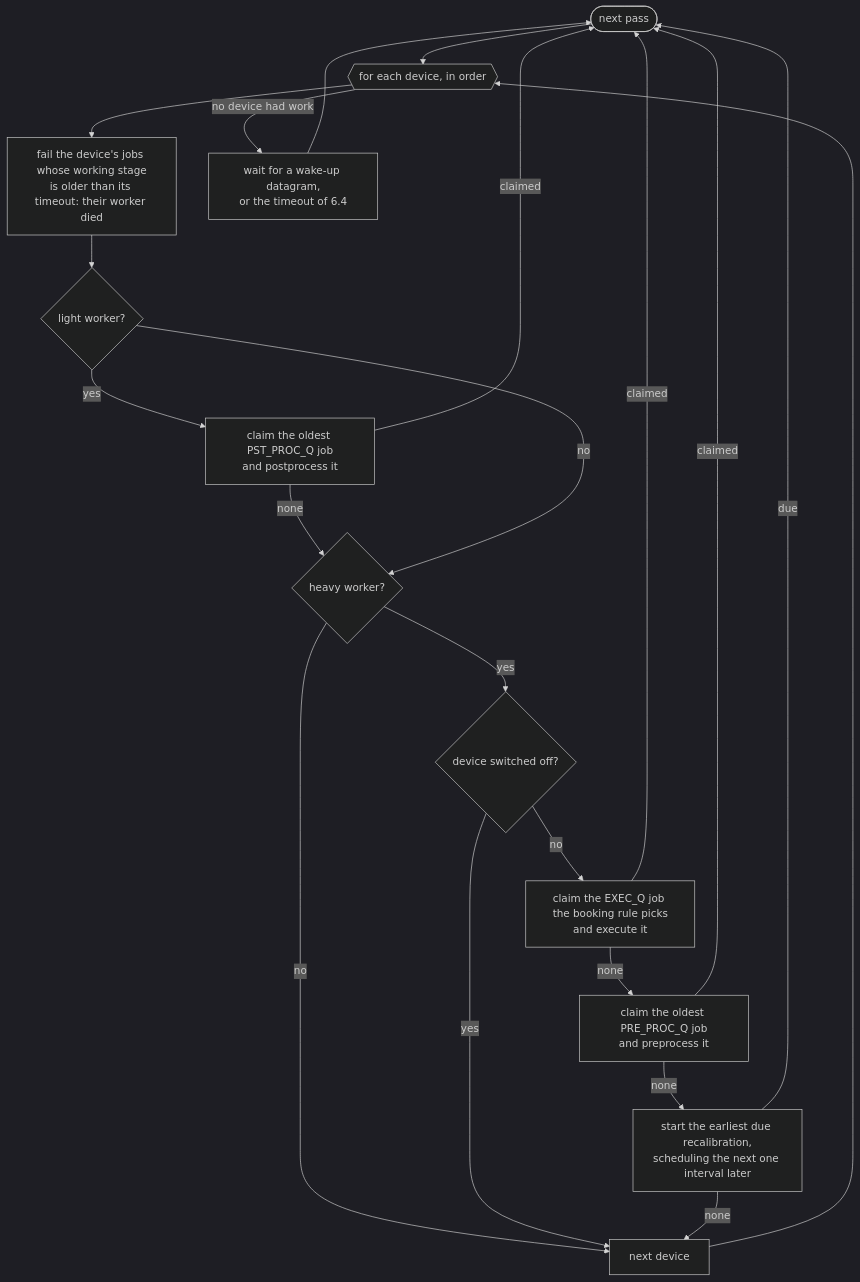
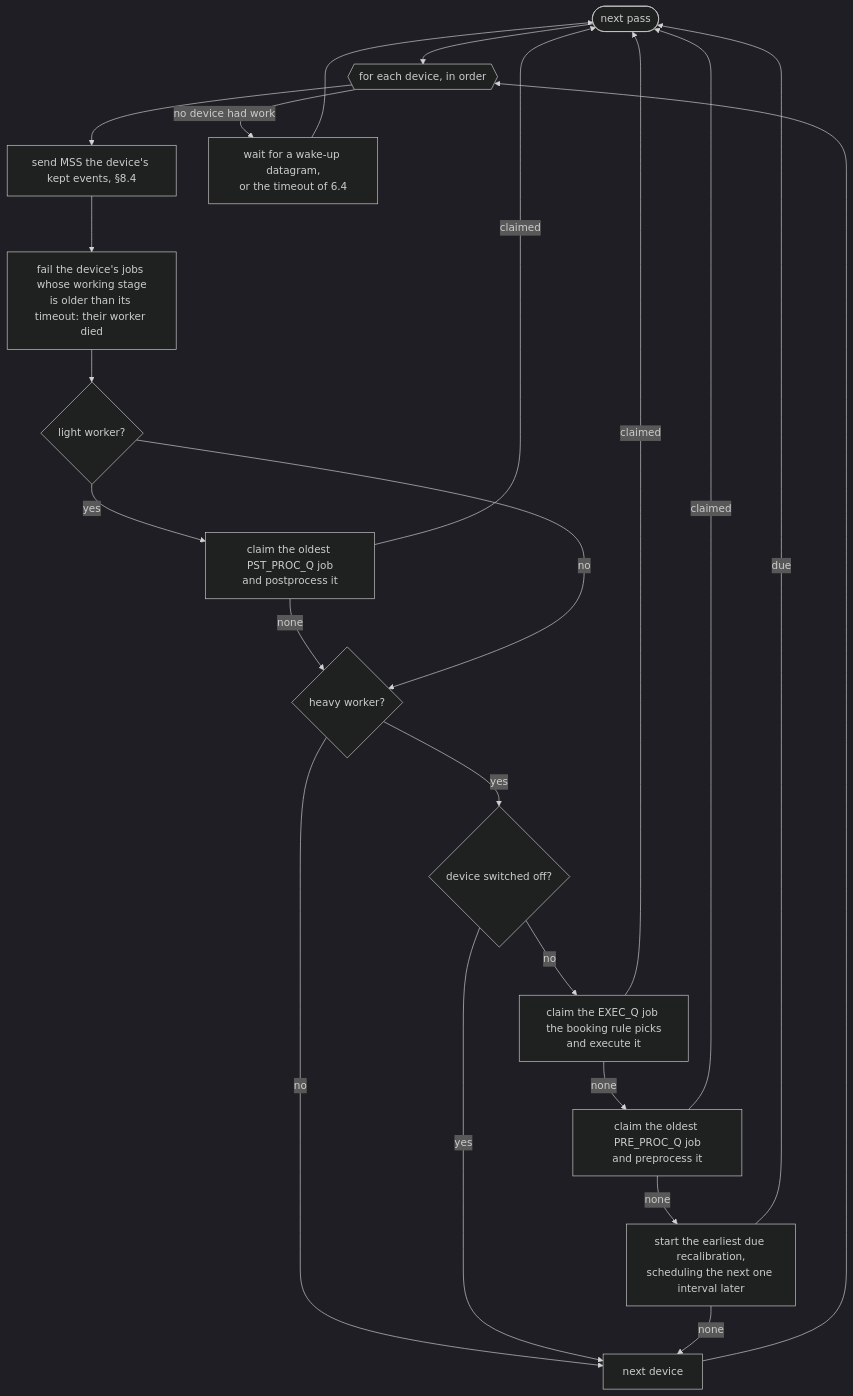
Before and after one commit to tergite/tergite-backend: the fourth of 9 diagrams in DESIGN.md, drawn with Mermaid (dark theme). The commit also changed other lines of this file and 17 other files, not shown here.

````diff
--- a/DESIGN.md
+++ b/DESIGN.md
@@ -292,23 +292,24 @@
 ```mermaid
 flowchart TD
     start([next pass]) --> dev{{for each device, in order}}
-    dev --> overdue[fail the device's jobs whose working stage<br/>is older than its timeout: their worker died]
+    dev --> kept[send MSS the device's kept events, §8.4]
+    kept --> overdue[fail the device's jobs whose working stage<br/>is older than its timeout: their worker died]
     overdue --> light{light worker?}
     light -- yes --> post[claim the oldest PST_PROC_Q job<br/>and postprocess it]
     post -- claimed --> start
     post -- none --> heavy
     light -- no --> heavy{heavy worker?}
     heavy -- no --> nextdev[next device]
     heavy -- yes --> off{device switched off?}
     off -- yes --> nextdev
     off -- no --> exec[claim the EXEC_Q job the booking rule picks<br/>and execute it]
     exec -- claimed --> start
     exec -- none --> pre[claim the oldest PRE_PROC_Q job<br/>and preprocess it]
     pre -- claimed --> start
     pre -- none --> recal[start the earliest due recalibration,<br/>scheduling the next one interval later]
     recal -- due --> start
     recal -- none --> nextdev
     nextdev --> dev
     dev -- no device had work --> wait[wait for a wake-up datagram,<br/>or the timeout of 6.4]
     wait --> start
 ```
````
